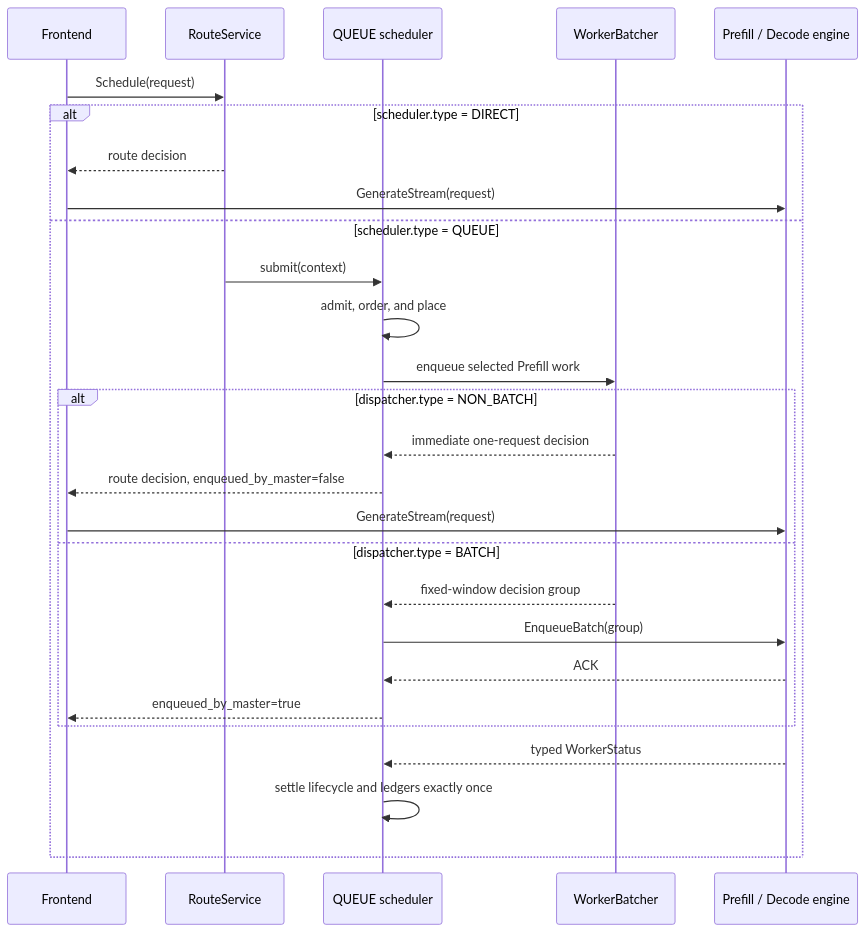
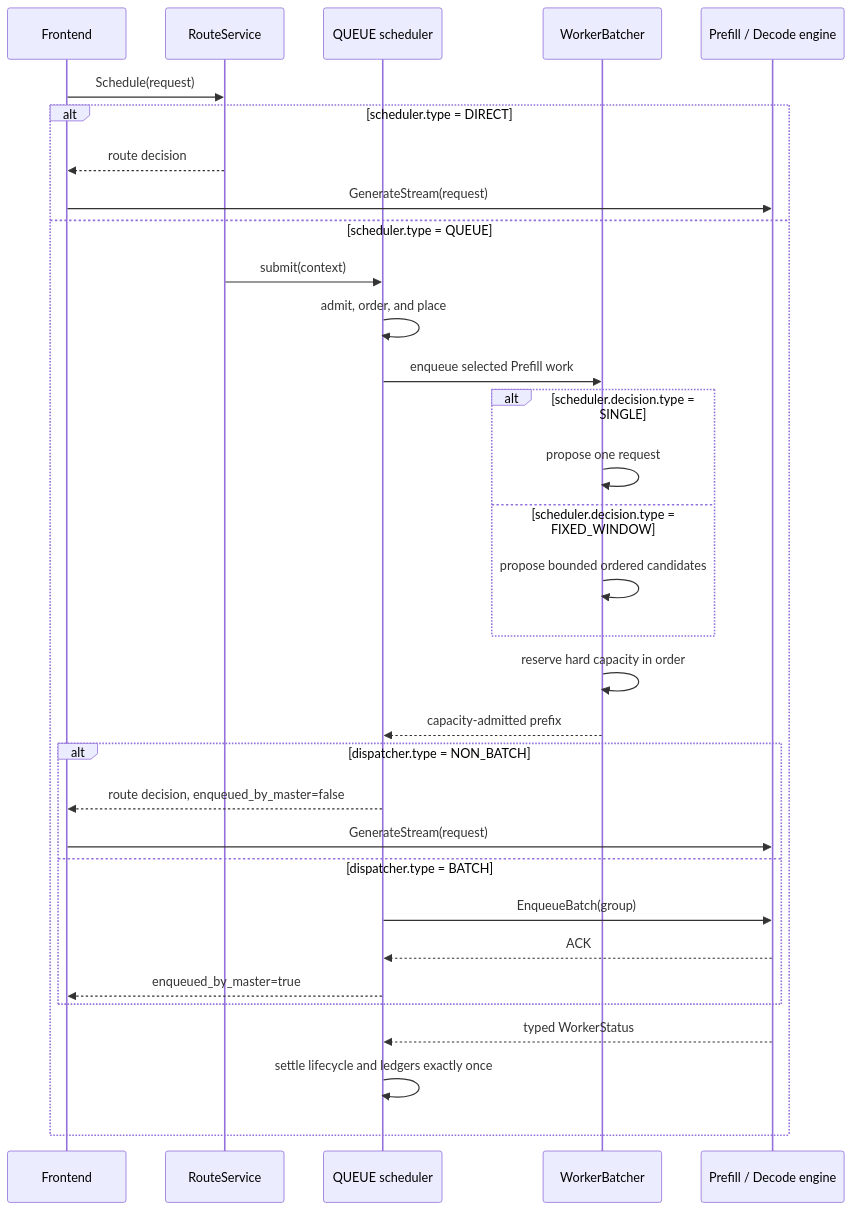
One commit to alibaba/rtp-llm changed the second of 2 diagrams in rtp_llm/flexlb/docs/priority-scheduler-delivery-modes.md. Above: the diagram before and after it, drawn with Mermaid. The commit also changed other lines of this file and 428 other files, not shown here.

````diff
--- a/rtp_llm/flexlb/docs/priority-scheduler-delivery-modes.md
+++ b/rtp_llm/flexlb/docs/priority-scheduler-delivery-modes.md
@@ -64,30 +71,35 @@
 ```mermaid
 sequenceDiagram
     participant F as Frontend
     participant R as RouteService
     participant S as QUEUE scheduler
     participant W as WorkerBatcher
     participant E as Prefill / Decode engine
 
     F->>R: Schedule(request)
     alt scheduler.type = DIRECT
         R-->>F: route decision
         F->>E: GenerateStream(request)
     else scheduler.type = QUEUE
         R->>S: submit(context)
         S->>S: admit, order, and place
         S->>W: enqueue selected Prefill work
+        alt scheduler.decision.type = SINGLE
+            W->>W: propose one request
+        else scheduler.decision.type = FIXED_WINDOW
+            W->>W: propose bounded ordered candidates
+        end
+        W->>W: reserve hard capacity in order
+        W-->>S: capacity-admitted prefix
         alt dispatcher.type = NON_BATCH
-            W-->>S: immediate one-request decision
             S-->>F: route decision, enqueued_by_master=false
             F->>E: GenerateStream(request)
         else dispatcher.type = BATCH
-            W-->>S: fixed-window decision group
             S->>E: EnqueueBatch(group)
             E-->>S: ACK
             S-->>F: enqueued_by_master=true
         end
         E-->>S: typed WorkerStatus
         S->>S: settle lifecycle and ledgers exactly once
     end
 ```
````
